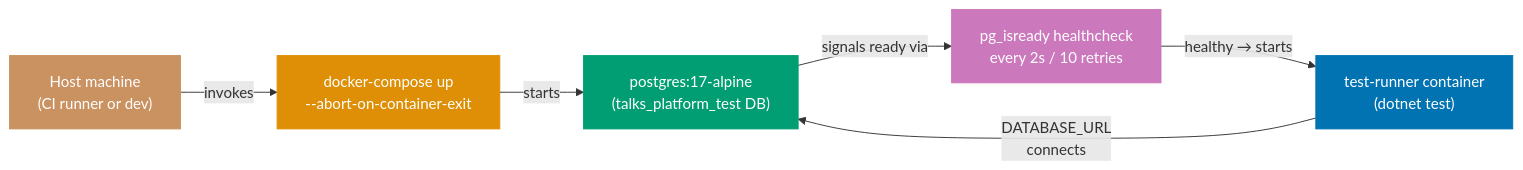
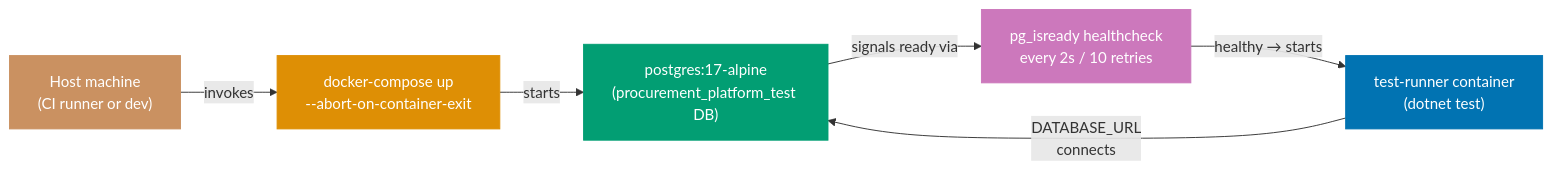
One commit to wahidyankf/open-sharia-enterprise changed the diagram in apps/ayokoding-web/content/en/learn/software-engineering/architecture/ddd-hexagonal-in-practice/fp-in-the-field/advanced.md. Above: the diagram before and after it, drawn with Mermaid. The commit also changed other lines of this file and 38 other files, not shown here.

First line of the commit message:
docs(ayokoding-web): unify architecture tutorials on shared P2P domain

````diff
--- a/apps/ayokoding-web/content/en/learn/software-engineering/architecture/ddd-hexagonal-in-practice/fp-in-the-field/advanced.md
+++ b/apps/ayokoding-web/content/en/learn/software-engineering/architecture/ddd-hexagonal-in-practice/fp-in-the-field/advanced.md
@@ -136,20 +104,20 @@
 ```mermaid
 flowchart LR
     host["Host machine\n(CI runner or dev)"]:::brown
     compose["docker-compose up\n--abort-on-container-exit"]:::orange
-    pg["postgres:17-alpine\n(talks_platform_test DB)"]:::teal
+    pg["postgres:17-alpine\n(procurement_platform_test DB)"]:::teal
     runner["test-runner container\n(dotnet test)"]:::blue
     hc["pg_isready healthcheck\nevery 2s / 10 retries"]:::purple
 
     host -->|"invokes"| compose
     compose -->|"starts"| pg
     pg -->|"signals ready via"| hc
     hc -->|"healthy → starts"| runner
     runner -->|"DATABASE_URL\nconnects"| pg
 
     classDef brown fill:#CA9161,color:#fff,stroke:#CA9161
     classDef orange fill:#DE8F05,color:#fff,stroke:#DE8F05
     classDef teal fill:#029E73,color:#fff,stroke:#029E73
     classDef blue fill:#0173B2,color:#fff,stroke:#0173B2
     classDef purple fill:#CC78BC,color:#fff,stroke:#CC78BC
 ```
````
